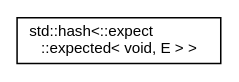
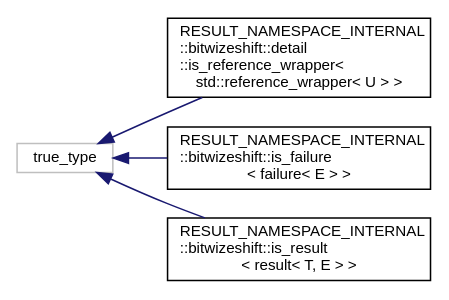
The diagram in api/v0.0.1/inherit_graph_9.dot (bitwizeshift/result), drawn with Graphviz before and after one commit. The commit also changed 339 other files, not shown here.

```diff
--- a/api/v0.0.1/inherit_graph_9.dot
+++ b/api/v0.0.1/inherit_graph_9.dot
@@ -1,7 +1,13 @@
 digraph "Graphical Class Hierarchy"
 {
   edge [fontname="Helvetica",fontsize="10",labelfontname="Helvetica",labelfontsize="10"];
   node [fontname="Helvetica",fontsize="10",shape=record];
   rankdir="LR";
-  Node0 [label="std::hash\<::expect\l::expected\< void, E \> \>",height=0.2,width=0.4,color="black", fillcolor="white", style="filled",URL="$da/d14/structstd_1_1hash_3_1_1expect_1_1expected_3_01void_00_01_e_01_4_01_4.html"];
+  Node1 [label="true_type",height=0.2,width=0.4,color="grey75", fillcolor="white", style="filled"];
+  Node1 -> Node0 [dir="back",color="midnightblue",fontsize="10",style="solid",fontname="Helvetica"];
+  Node0 [label="RESULT_NAMESPACE_INTERNAL\l::bitwizeshift::detail\l::is_reference_wrapper\<\l std::reference_wrapper\< U \> \>",height=0.2,width=0.4,color="black", fillcolor="white", style="filled",URL="$d1/de0/struct_r_e_s_u_l_t___n_a_m_e_s_p_a_c_e___i_n_t_e_r_n_a_l_1_1bitwizeshift_1_1detail_1_1is__refere43e2a068656cb4f9e05553095762a28e.html"];
+  Node1 -> Node3 [dir="back",color="midnightblue",fontsize="10",style="solid",fontname="Helvetica"];
+  Node3 [label="RESULT_NAMESPACE_INTERNAL\l::bitwizeshift::is_failure\l\< failure\< E \> \>",height=0.2,width=0.4,color="black", fillcolor="white", style="filled",URL="$d7/d4c/struct_r_e_s_u_l_t___n_a_m_e_s_p_a_c_e___i_n_t_e_r_n_a_l_1_1bitwizeshift_1_1is__failure_3_01failure_3_01_e_01_4_01_4.html"];
+  Node1 -> Node4 [dir="back",color="midnightblue",fontsize="10",style="solid",fontname="Helvetica"];
+  Node4 [label="RESULT_NAMESPACE_INTERNAL\l::bitwizeshift::is_result\l\< result\< T, E \> \>",height=0.2,width=0.4,color="black", fillcolor="white", style="filled",URL="$db/dff/struct_r_e_s_u_l_t___n_a_m_e_s_p_a_c_e___i_n_t_e_r_n_a_l_1_1bitwizeshift_1_1is__result_3_01result_3_01_t_00_01_e_01_4_01_4.html"];
 }
```
